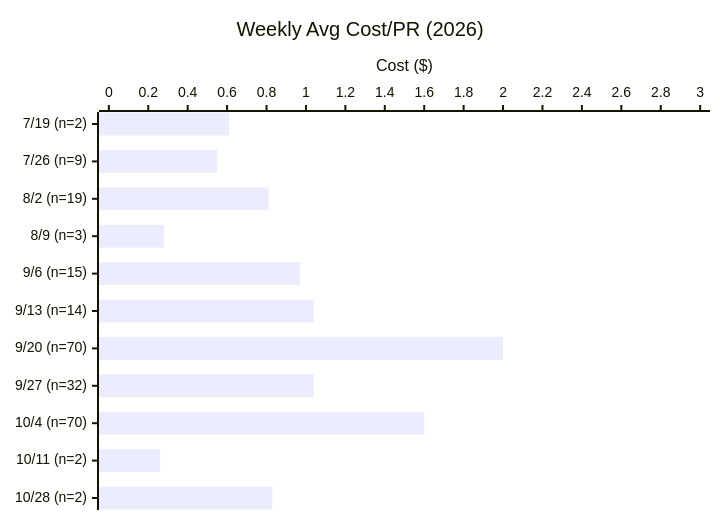
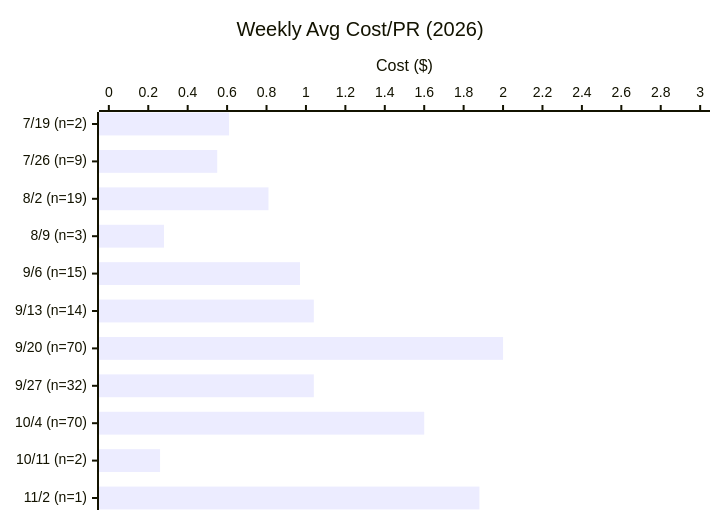
Before and after one commit to Sanctum-Origo-Systems/autoloop: the second of 3 diagrams in EVAL.md, drawn with Mermaid. The commit also changed other lines of this file and 1 other file, not shown here.

````diff
--- a/EVAL.md
+++ b/EVAL.md
@@ -96,7 +27,7 @@
 ```mermaid
 xychart-beta horizontal
     title "Weekly Avg Cost/PR (2026)"
-    x-axis ["7/19 (n=2)", "7/26 (n=9)", "8/2 (n=19)", "8/9 (n=3)", "9/6 (n=15)", "9/13 (n=14)", "9/20 (n=70)", "9/27 (n=32)", "10/4 (n=70)", "10/11 (n=2)", "10/28 (n=2)"]
+    x-axis ["7/19 (n=2)", "7/26 (n=9)", "8/2 (n=19)", "8/9 (n=3)", "9/6 (n=15)", "9/13 (n=14)", "9/20 (n=70)", "9/27 (n=32)", "10/4 (n=70)", "10/11 (n=2)", "11/2 (n=1)"]
     y-axis "Cost ($)" 0 --> 3
-    bar [0.61, 0.55, 0.81, 0.28, 0.97, 1.04, 2.00, 1.04, 1.60, 0.26, 0.83]
+    bar [0.61, 0.55, 0.81, 0.28, 0.97, 1.04, 2.00, 1.04, 1.60, 0.26, 1.88]
 ```
````
